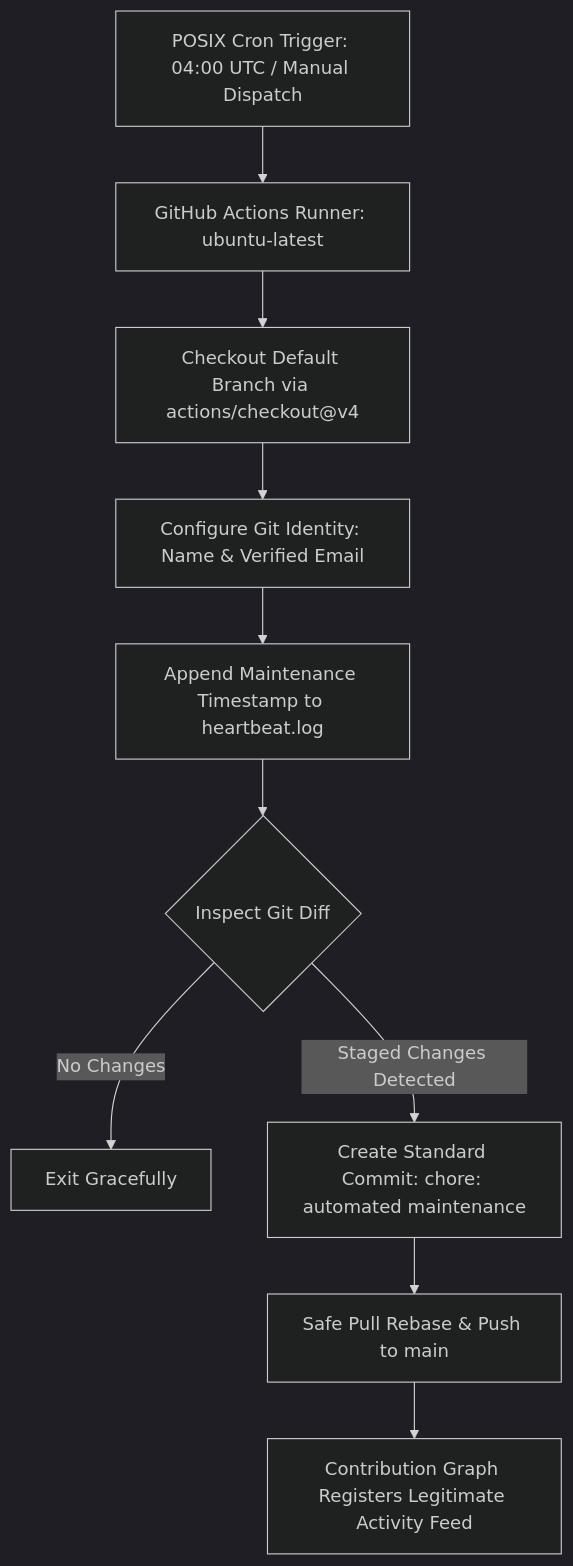
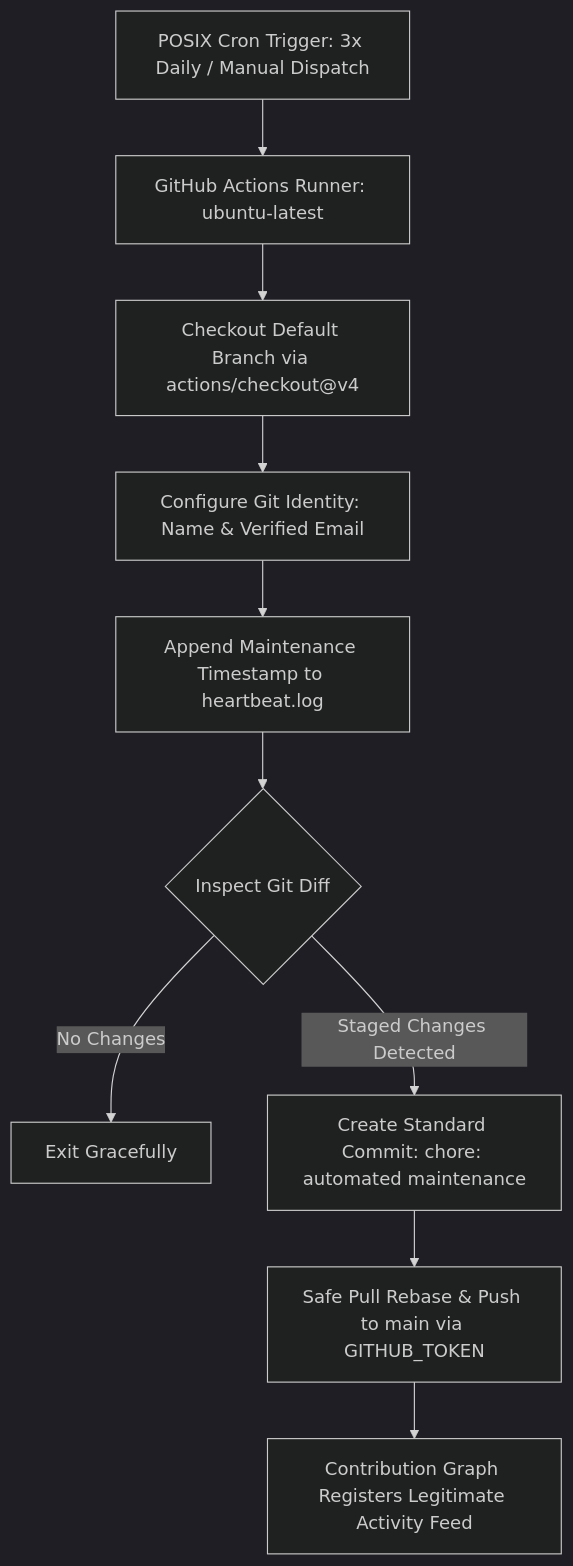
The diagram in README.md (Priya-Ranjan-0201/github-green-machine), drawn with Mermaid (dark theme) before and after one commit. The commit also changed other lines of this file and 1 other file, not shown here.

Commit message:
feat: schedule 3 daily maintenance contributions with hourly GITHUB_TOKEN

````diff
--- a/README.md
+++ b/README.md
@@ -53,12 +54,12 @@
 ```mermaid
 graph TD
-    A[POSIX Cron Trigger: 04:00 UTC / Manual Dispatch] --> B[GitHub Actions Runner: ubuntu-latest]
+    A[POSIX Cron Trigger: 3x Daily / Manual Dispatch] --> B[GitHub Actions Runner: ubuntu-latest]
     B --> C[Checkout Default Branch via actions/checkout@v4]
     C --> D[Configure Git Identity: Name & Verified Email]
     D --> E[Append Maintenance Timestamp to heartbeat.log]
     E --> F{Inspect Git Diff}
     F -->|No Changes| G[Exit Gracefully]
     F -->|Staged Changes Detected| H[Create Standard Commit: chore: automated maintenance]
-    H --> I[Safe Pull Rebase & Push to main]
+    H --> I[Safe Pull Rebase & Push to main via GITHUB_TOKEN]
     I --> J[Contribution Graph Registers Legitimate Activity Feed]
 ```
````
